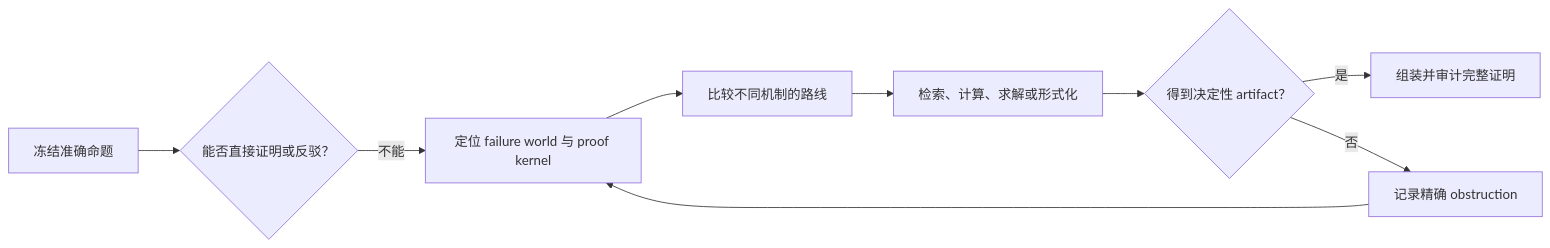
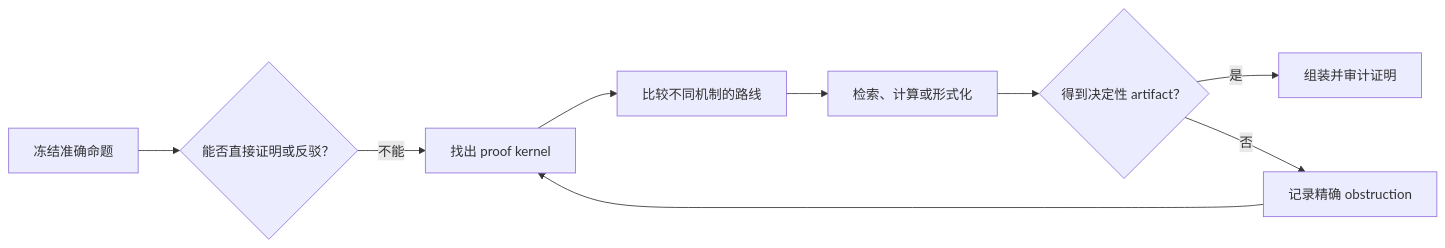
The second of 2 diagrams in README.md (jmf-enigma/codex-theory-proof-workbench), drawn with Mermaid before and after one commit. The commit also changed other lines of this file, not shown here.

````diff
--- a/README.md
+++ b/README.md
@@ -443,11 +219,11 @@
 ```mermaid
 flowchart LR
     A["冻结准确命题"] --> B{"能否直接证明或反驳？"}
-    B -->|不能| C["定位 failure world 与 proof kernel"]
+    B -->|不能| C["找出 proof kernel"]
     C --> D["比较不同机制的路线"]
-    D --> E["检索、计算、求解或形式化"]
+    D --> E["检索、计算或形式化"]
     E --> F{"得到决定性 artifact？"}
-    F -->|是| G["组装并审计完整证明"]
+    F -->|是| G["组装并审计证明"]
     F -->|否| H["记录精确 obstruction"]
     H --> C
 ```
````
